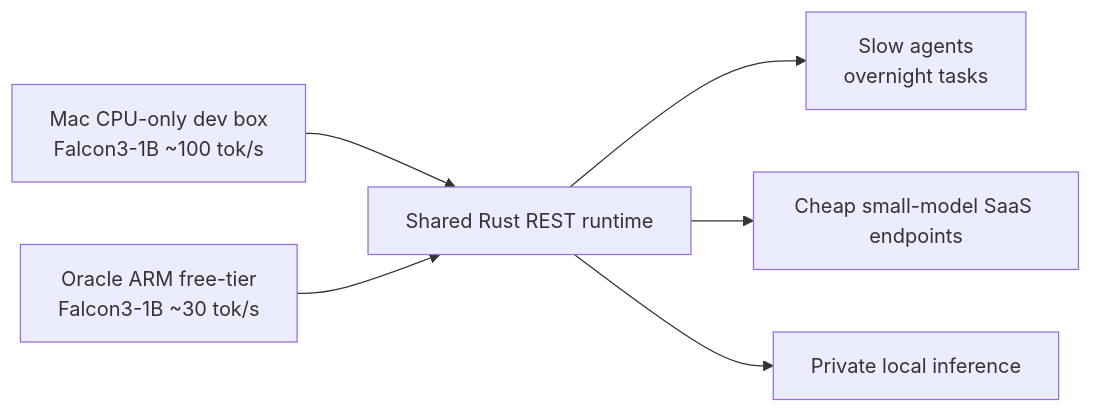
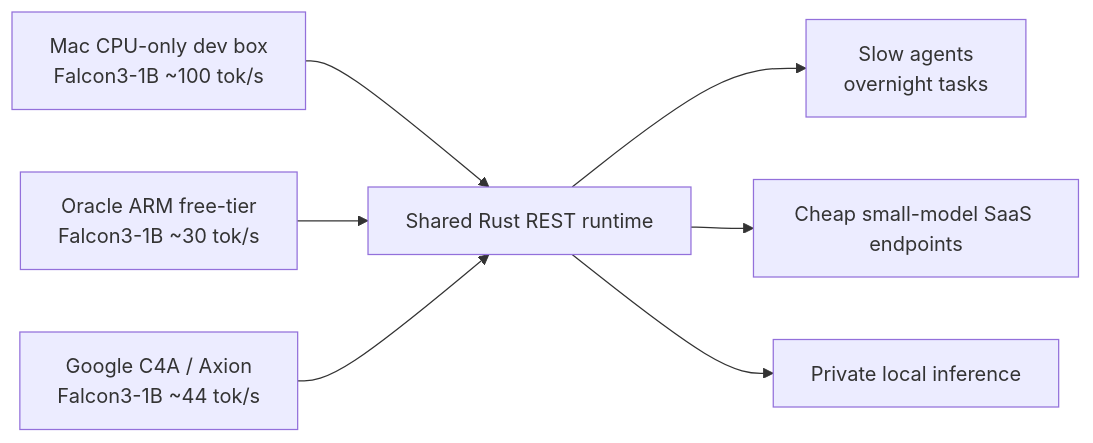
One commit to voloshko/sram-attention-pitch changed the seventh of 8 diagrams in README.md. Above: the diagram before and after it, drawn with Mermaid. The commit also changed other lines of this file, not shown here.

Commit message:
docs: add Google Axion proof point

````diff
--- a/README.md
+++ b/README.md
@@ -191,8 +194,9 @@
 ```mermaid
 flowchart LR
     Mac["Mac CPU-only dev box<br/>Falcon3-1B ~100 tok/s"] --> Runtime["Shared Rust REST runtime"]
     Oracle["Oracle ARM free-tier<br/>Falcon3-1B ~30 tok/s"] --> Runtime
+    Google["Google C4A / Axion<br/>Falcon3-1B ~44 tok/s"] --> Runtime
     Runtime --> Agents["Slow agents<br/>overnight tasks"]
     Runtime --> SaaS["Cheap small-model SaaS endpoints"]
     Runtime --> Local["Private local inference"]
 ```
````
